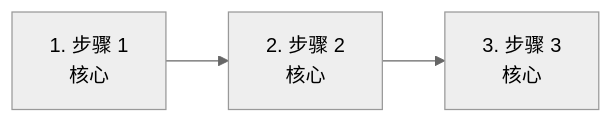
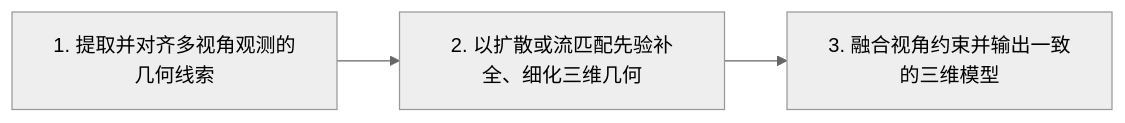
The fifth of 8 diagrams in surveys/multiview-diffusion-3d-generation-20261028/survey.md (jinjianzhao/daily-papers), drawn with Mermaid (neutral theme) before and after one commit. The commit also changed other lines of this file and 1 other file, not shown here.

Commit message:
Clarify multiview survey flow diagrams

````diff
--- a/surveys/multiview-diffusion-3d-generation-20261028/survey.md
+++ b/surveys/multiview-diffusion-3d-generation-20261028/survey.md
@@ -128,8 +128,8 @@
 ```mermaid
 flowchart LR
-  S1["1. 步骤 1<br/>核心"]
-  S2["2. 步骤 2<br/>核心"]
-  S3["3. 步骤 3<br/>核心"]
+  S1["1. 提取并对齐多视角观测的几何线索"]
+  S2["2. 以扩散或流匹配先验补全、细化三维几何"]
+  S3["3. 融合视角约束并输出一致的三维模型"]
   S1 --> S2
   S2 --> S3
 ```
````
